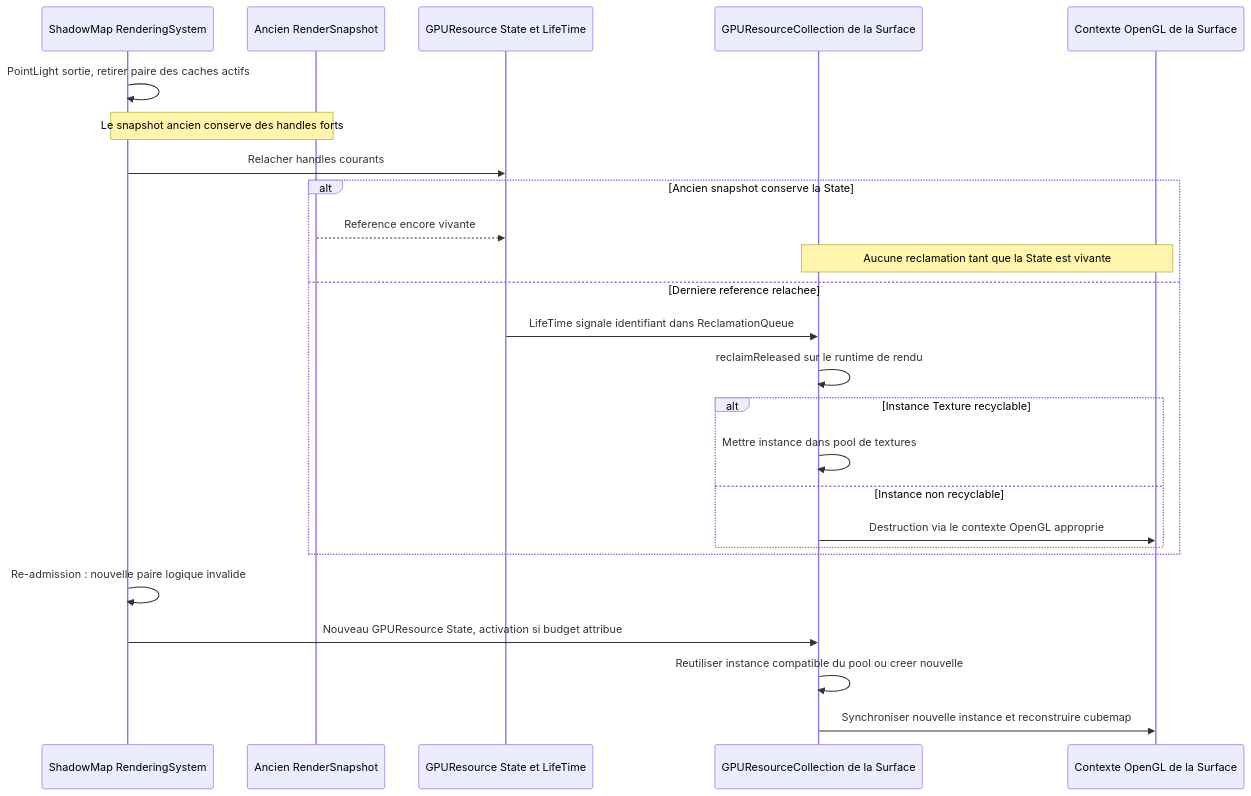
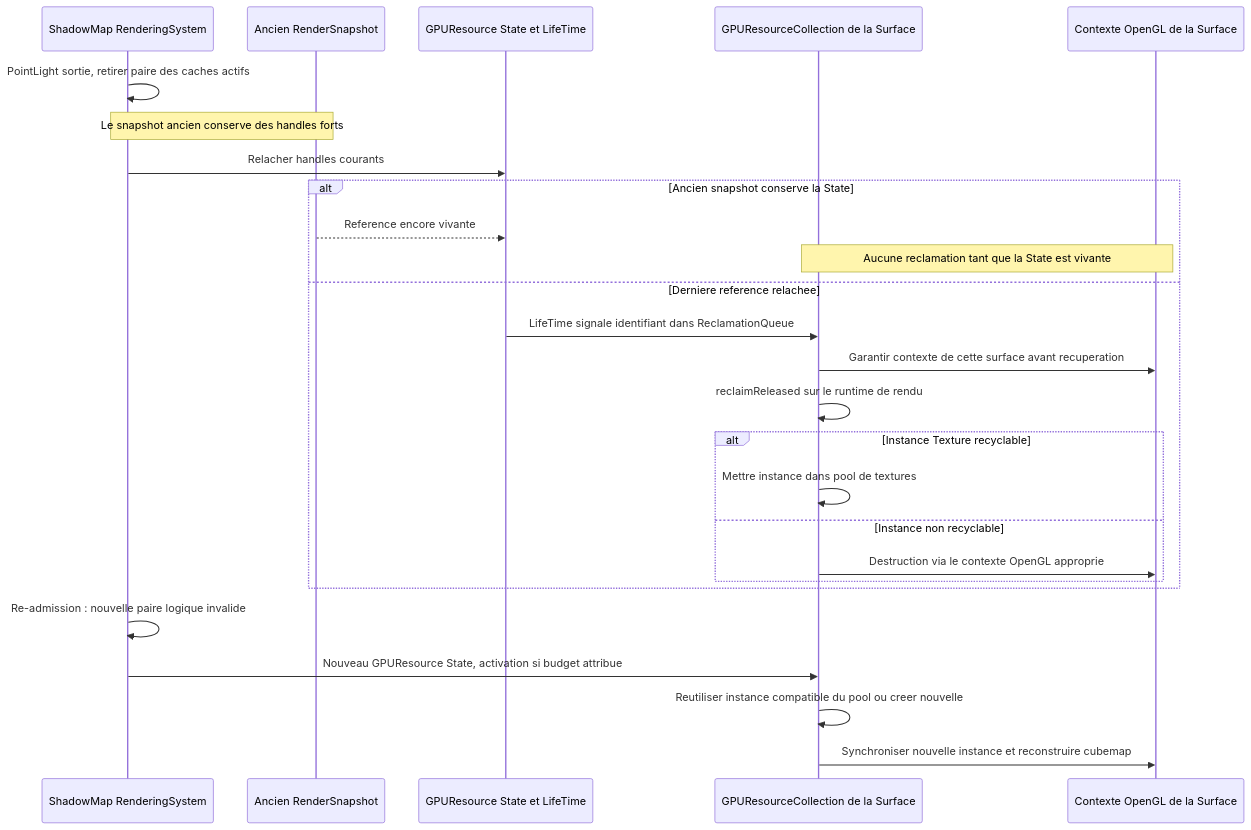
The ninth of 20 diagrams in docs/voxel-engine-v0.1.4-specification.md (EreliaStudio/Sparkle), drawn with Mermaid before and after one commit. The commit also changed other lines of this file, not shown here.

````diff
--- a/docs/voxel-engine-v0.1.4-specification.md
+++ b/docs/voxel-engine-v0.1.4-specification.md
@@ -761,27 +794,28 @@
 ```mermaid
 sequenceDiagram
     participant SH as ShadowMap RenderingSystem
     participant SNAP as Ancien RenderSnapshot
     participant STATE as GPUResource State et LifeTime
     participant COL as GPUResourceCollection de la Surface
     participant GPU as Contexte OpenGL de la Surface
     SH->>SH: PointLight sortie, retirer paire des caches actifs
     Note over SH,SNAP: Le snapshot ancien conserve des handles forts
     SH->>STATE: Relacher handles courants
     alt Ancien snapshot conserve la State
         SNAP-->>STATE: Reference encore vivante
         Note over COL,GPU: Aucune reclamation tant que la State est vivante
     else Derniere reference relachee
         STATE->>COL: LifeTime signale identifiant dans ReclamationQueue
+        COL->>GPU: Garantir contexte de cette surface avant recuperation
         COL->>COL: reclaimReleased sur le runtime de rendu
         alt Instance Texture recyclable
             COL->>COL: Mettre instance dans pool de textures
         else Instance non recyclable
             COL->>GPU: Destruction via le contexte OpenGL approprie
         end
     end
     SH->>SH: Re-admission : nouvelle paire logique invalide
     SH->>COL: Nouveau GPUResource State, activation si budget attribue
     COL->>COL: Reutiliser instance compatible du pool ou creer nouvelle
     COL->>GPU: Synchroniser nouvelle instance et reconstruire cubemap
 ```
````
